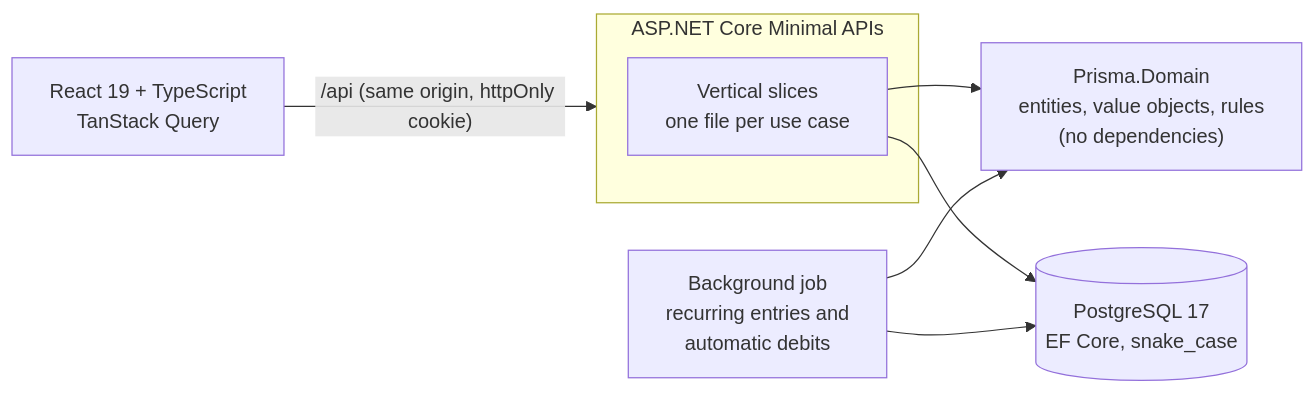
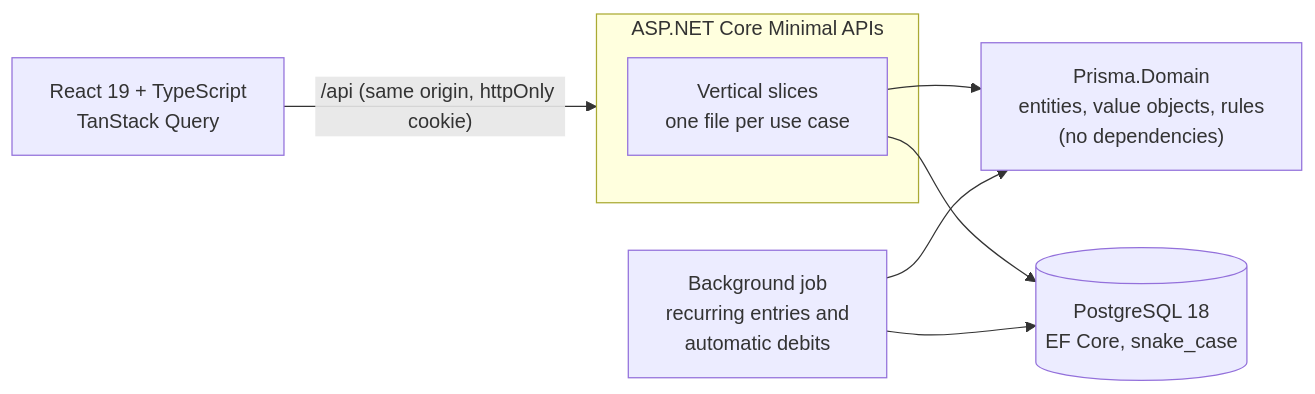
One commit to vagnerwentz/prisma changed the third of 4 diagrams in README.md. Above: the diagram before and after it, drawn with Mermaid. The commit also changed other lines of this file and 6 other files, not shown here.

````diff
--- a/README.md
+++ b/README.md
@@ -110,11 +110,11 @@
 ```mermaid
 flowchart LR
     Web["React 19 + TypeScript<br/>TanStack Query"] -->|"/api (same origin, httpOnly cookie)"| Api
     subgraph Api["ASP.NET Core Minimal APIs"]
         Slices["Vertical slices<br/>one file per use case"]
     end
     Slices --> Domain["Prisma.Domain<br/>entities, value objects, rules<br/>(no dependencies)"]
-    Slices --> Db[("PostgreSQL 17<br/>EF Core, snake_case")]
+    Slices --> Db[("PostgreSQL 18<br/>EF Core, snake_case")]
     Job["Background job<br/>recurring entries and<br/>automatic debits"] --> Domain
     Job --> Db
 ```
````
